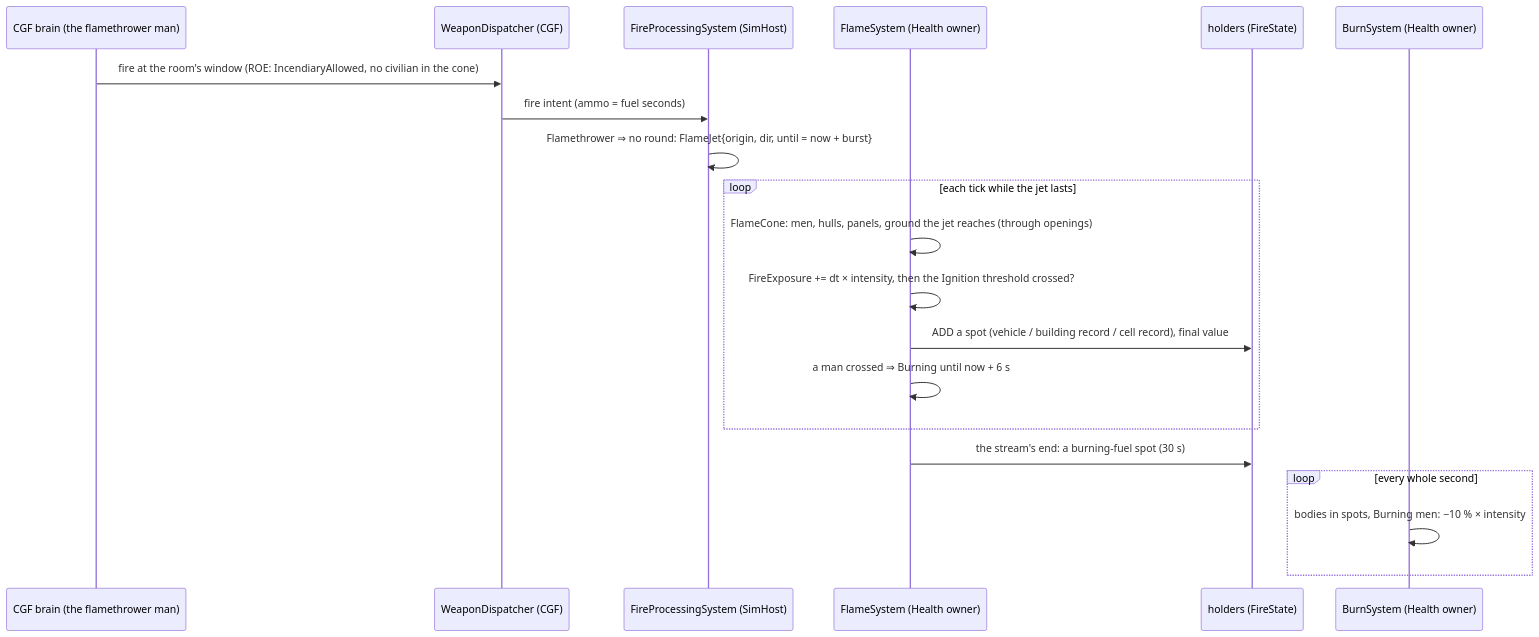
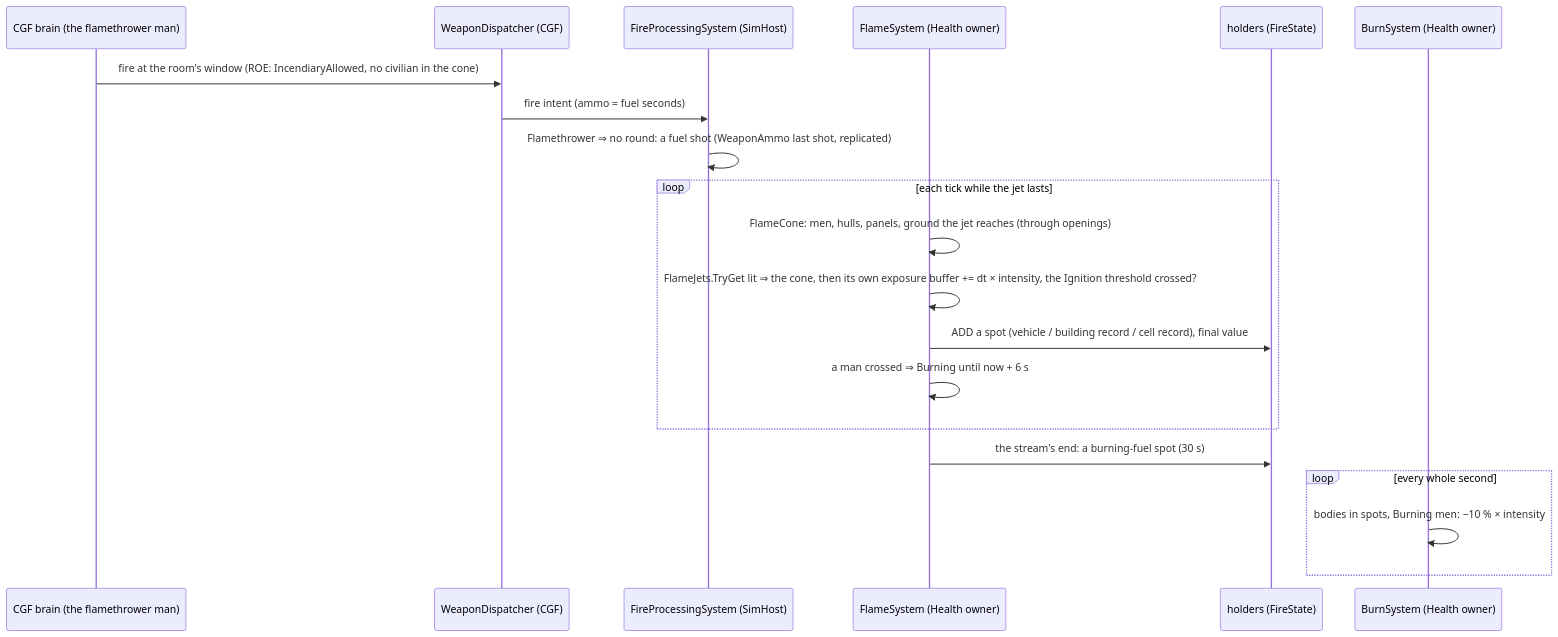
One commit to pjanec/HROT changed the third of 5 diagrams in docs/designs/weapons/DESIGN_Flame_Weapons.md. Above: the diagram before and after it, drawn with Mermaid. The commit also changed other lines of this file and 12 other files, not shown here.

````diff
--- a/docs/designs/weapons/DESIGN_Flame_Weapons.md
+++ b/docs/designs/weapons/DESIGN_Flame_Weapons.md
@@ -147,22 +151,22 @@
 ```mermaid
 sequenceDiagram
   participant C as CGF brain (the flamethrower man)
   participant D as WeaponDispatcher (CGF)
   participant S as FireProcessingSystem (SimHost)
   participant F as FlameSystem (Health owner)
   participant H as holders (FireState)
   participant B as BurnSystem (Health owner)
   C->>D: fire at the room's window (ROE: IncendiaryAllowed, no civilian in the cone)
   D->>S: fire intent (ammo = fuel seconds)
-  S->>S: Flamethrower ⇒ no round: FlameJet{origin, dir, until = now + burst}
+  S->>S: Flamethrower ⇒ no round: a fuel shot (WeaponAmmo last shot, replicated)
   loop each tick while the jet lasts
     F->>F: FlameCone: men, hulls, panels, ground the jet reaches (through openings)
-    F->>F: FireExposure += dt × intensity, then the Ignition threshold crossed?
+    F->>F: FlameJets.TryGet lit ⇒ the cone, then its own exposure buffer += dt × intensity, the Ignition threshold crossed?
     F->>H: ADD a spot (vehicle / building record / cell record), final value
     F->>F: a man crossed ⇒ Burning until now + 6 s
   end
   F->>H: the stream's end: a burning-fuel spot (30 s)
   loop every whole second
     B->>B: bodies in spots, Burning men: −10 % × intensity
   end
 ```
````
